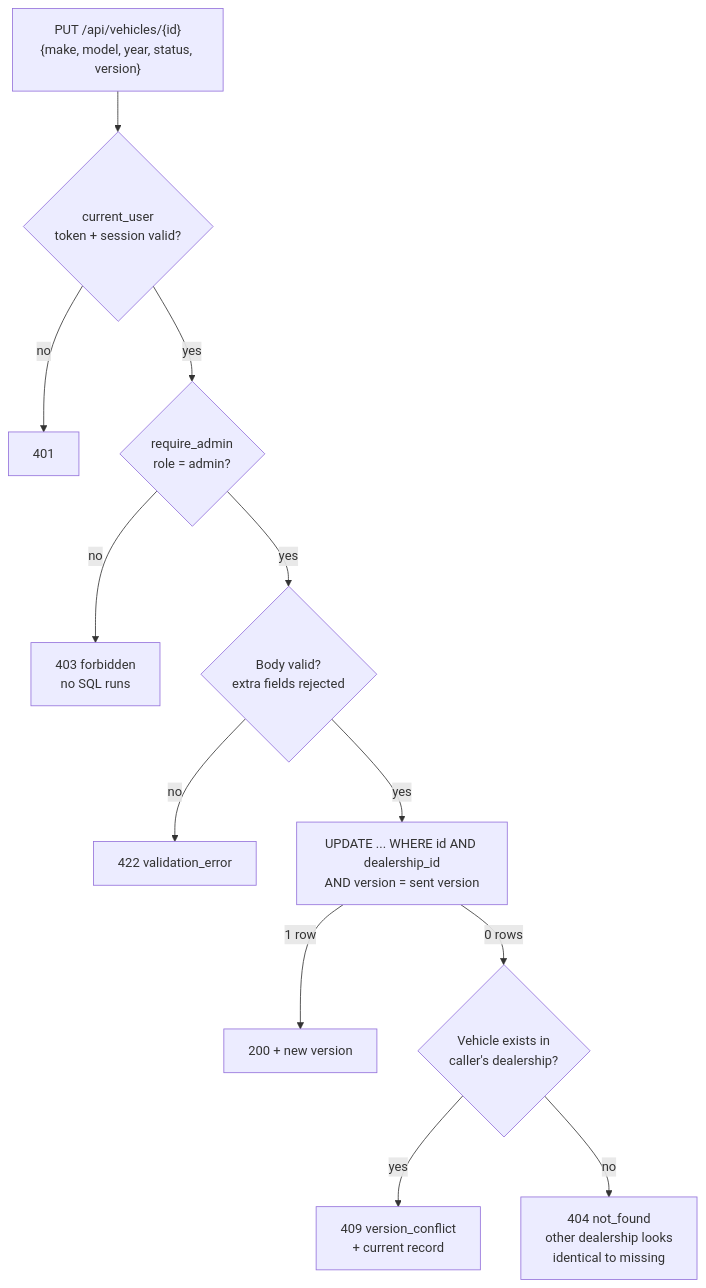
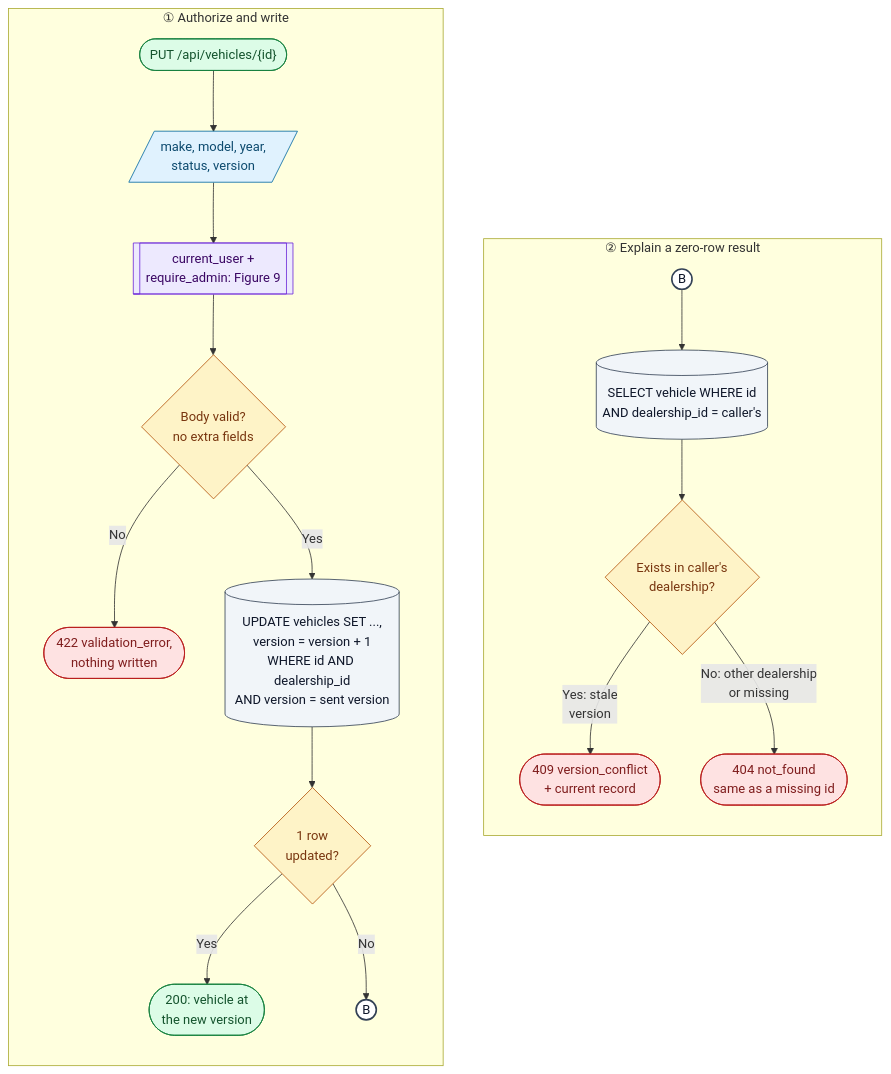
Before and after one commit to aneeq178/dealership-inventory: the tenth of 15 diagrams in docs/ARCHITECTURE.md, drawn with Mermaid. The commit also changed other lines of this file and 30 other files, not shown here.

````diff
--- a/docs/ARCHITECTURE.md
+++ b/docs/ARCHITECTURE.md
@@ -177,14 +533,41 @@
 ```mermaid
-flowchart TB
-    put["PUT /api/vehicles/{id}<br/>{make, model, year, status, version}"] --> auth{"current_user<br/>token + session valid?"}
-    auth -->|no| r401["401"]
-    auth -->|yes| role{"require_admin<br/>role = admin?"}
-    role -->|no| r403["403 forbidden<br/>no SQL runs"]
-    role -->|yes| body{"Body valid?<br/>extra fields rejected"}
-    body -->|no| r422["422 validation_error"]
-    body -->|yes| upd["UPDATE ... WHERE id AND dealership_id<br/>AND version = sent version"]
-    upd -->|"1 row"| r200["200 + new version"]
-    upd -->|"0 rows"| look{"Vehicle exists in<br/>caller's dealership?"}
-    look -->|yes| r409["409 version_conflict<br/>+ current record"]
-    look -->|no| r404["404 not_found<br/>other dealership looks<br/>identical to missing"]
+flowchart LR
+    subgraph A["① Authorize and write"]
+        direction TB
+        s(["PUT /api/vehicles/{id}"]):::term
+        in[/"make, model, year,<br/>status, version"/]:::io
+        auth[["current_user +<br/>require_admin: Figure 9"]]:::sub
+        body{"Body valid?<br/>no extra fields"}:::dec
+        e422(["422 validation_error,<br/>nothing written"]):::bad
+        upd[("UPDATE vehicles SET ...,<br/>version = version + 1<br/>WHERE id AND dealership_id<br/>AND version = sent version")]:::db
+        rows{"1 row<br/>updated?"}:::dec
+        out(["200: vehicle at<br/>the new version"]):::term
+        toB(("B")):::con
+        s --> in --> auth --> body
+        body -- No --> e422
+        body -- Yes --> upd --> rows
+        rows -- Yes --> out
+        rows -- No --> toB
+    end
+    subgraph B["② Explain a zero-row result"]
+        direction TB
+        fromB(("B")):::con
+        look[("SELECT vehicle WHERE id<br/>AND dealership_id = caller's")]:::db
+        exists{"Exists in caller's<br/>dealership?"}:::dec
+        c409(["409 version_conflict<br/>+ current record"]):::bad
+        n404(["404 not_found<br/>same as a missing id"]):::bad
+        fromB --> look --> exists
+        exists -- "Yes: stale<br/>version" --> c409
+        exists -- "No: other dealership<br/>or missing" --> n404
+    end
+    A ~~~ B
+
+    classDef term fill:#dcfce7,stroke:#15803d,color:#14532d
+    classDef bad fill:#fee2e2,stroke:#b91c1c,color:#7f1d1d
+    classDef dec fill:#fef3c7,stroke:#b45309,color:#78350f
+    classDef io fill:#e0f2fe,stroke:#0369a1,color:#0c4a6e
+    classDef db fill:#f1f5f9,stroke:#334155,color:#0f172a
+    classDef sub fill:#ede9fe,stroke:#6d28d9,color:#3b0764
+    classDef actor fill:#fff7ed,stroke:#c2410c,color:#7c2d12
+    classDef con fill:#ffffff,stroke:#334155,color:#0f172a,stroke-width:2px
 ```
````
